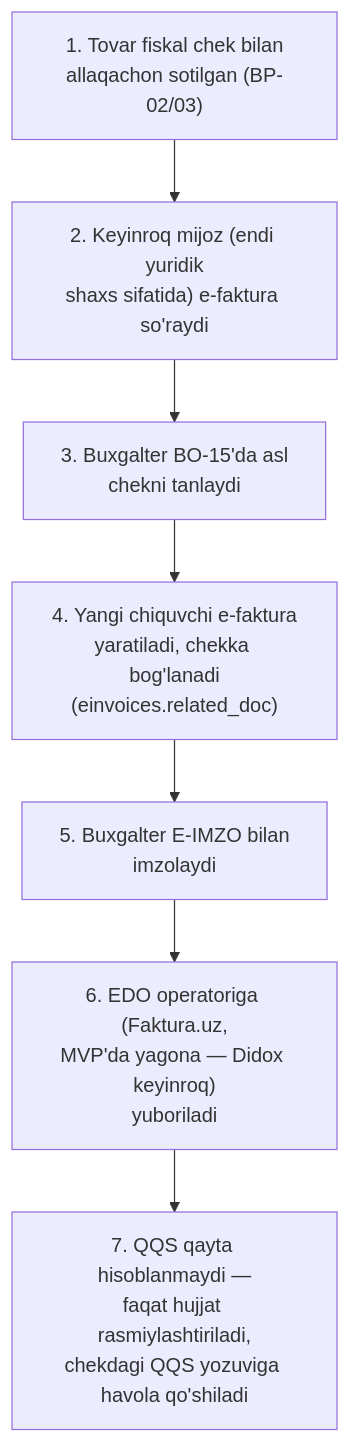
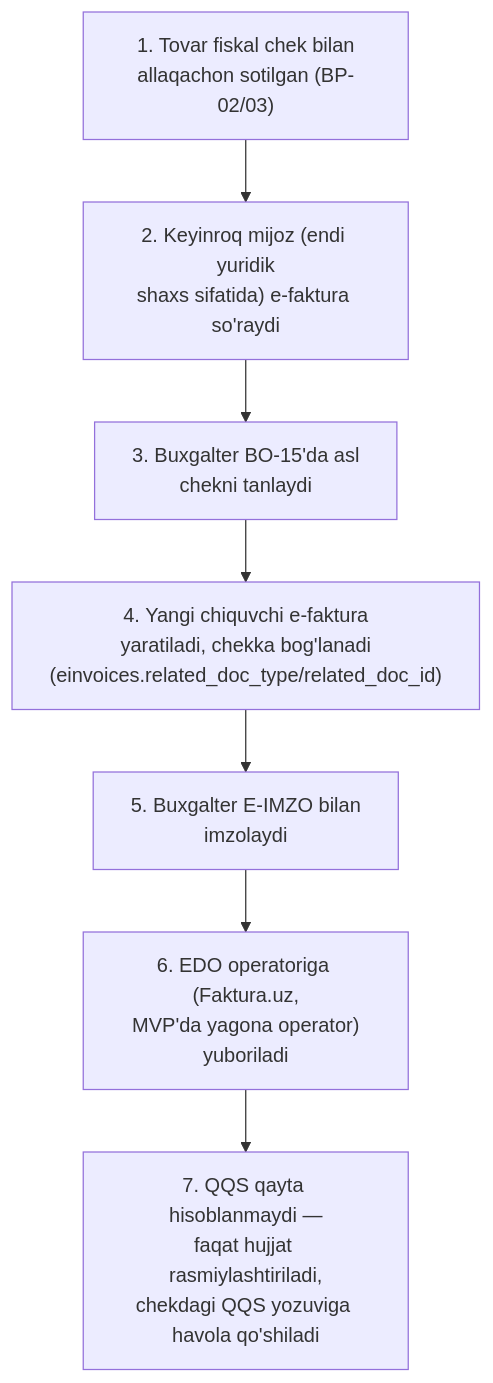
Diagram 13 of 15 in spec/kod-uchun/04-biznes-jarayonlar.md (hasanoff507/erp), drawn with Mermaid before and after one commit. The commit also changed other lines of this file and 36 other files, not shown here.

````diff
--- a/spec/kod-uchun/04-biznes-jarayonlar.md
+++ b/spec/kod-uchun/04-biznes-jarayonlar.md
@@ -356,9 +356,9 @@
 ```mermaid
 flowchart TD
     A["1. Tovar fiskal chek bilan\nallaqachon sotilgan (BP-02/03)"] --> B["2. Keyinroq mijoz (endi yuridik\nshaxs sifatida) e-faktura so'raydi"]
     B --> C["3. Buxgalter BO-15'da asl\nchekni tanlaydi"]
-    C --> D["4. Yangi chiquvchi e-faktura\nyaratiladi, chekka bog'lanadi\n(einvoices.related_doc)"]
+    C --> D["4. Yangi chiquvchi e-faktura\nyaratiladi, chekka bog'lanadi\n(einvoices.related_doc_type/related_doc_id)"]
     D --> E["5. Buxgalter E-IMZO bilan\nimzolaydi"]
-    E --> F["6. EDO operatoriga (Faktura.uz,\nMVP'da yagona — Didox keyinroq)\nyuboriladi"]
+    E --> F["6. EDO operatoriga (Faktura.uz,\nMVP'da yagona operator)\nyuboriladi"]
     F --> G["7. QQS qayta hisoblanmaydi —\nfaqat hujjat rasmiylashtiriladi,\nchekdagi QQS yozuviga havola qo'shiladi"]
 ```
````
